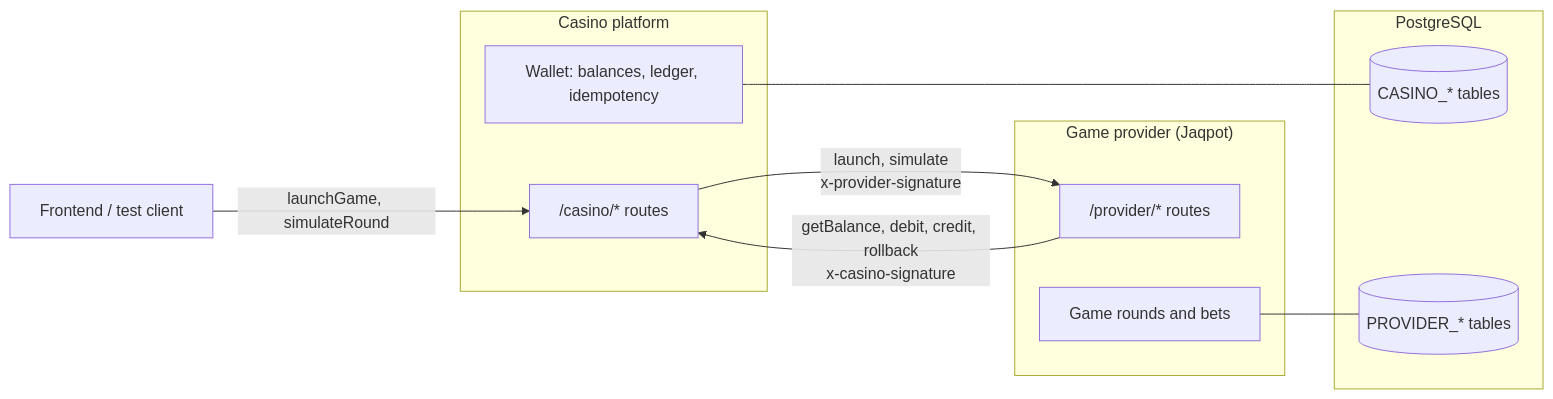
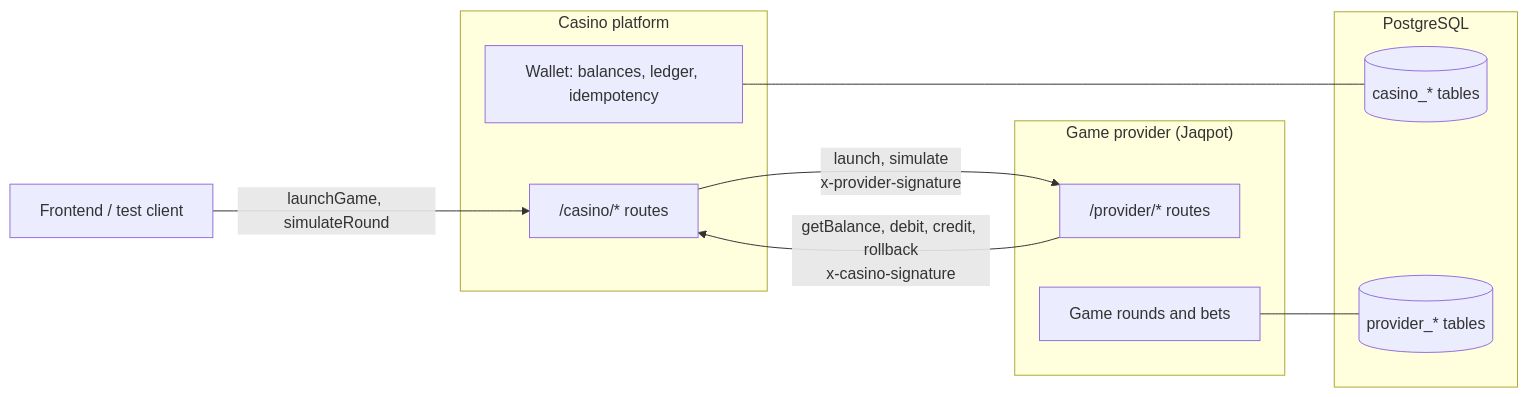
Before and after one commit to mari-tza/jaqpot-casino-integration: the first of 2 diagrams in docs/architecture.md, drawn with Mermaid. The commit also changed other lines of this file and 4 other files, not shown here.

First line of the commit message:
docs: database diagrams and decisions D3–D6, close M1 in plan

````diff
--- a/docs/architecture.md
+++ b/docs/architecture.md
@@ -10,25 +10,25 @@
 ```mermaid
 flowchart LR
     Client["Frontend / test client"]
 
     subgraph Casino["Casino platform"]
         CR["/casino/* routes"]
         Wallet["Wallet: balances, ledger, idempotency"]
     end
 
     subgraph Provider["Game provider (Jaqpot)"]
         PR["/provider/* routes"]
         Rounds["Game rounds and bets"]
     end
 
     subgraph DB["PostgreSQL"]
-        CT[("CASINO_* tables")]
-        PT[("PROVIDER_* tables")]
+        CT[("casino_* tables")]
+        PT[("provider_* tables")]
     end
 
     Client -->|"launchGame, simulateRound"| CR
     CR -->|"launch, simulate<br/>x-provider-signature"| PR
     PR -->|"getBalance, debit, credit, rollback<br/>x-casino-signature"| CR
     Wallet --- CT
     Rounds --- PT
 ```
````
